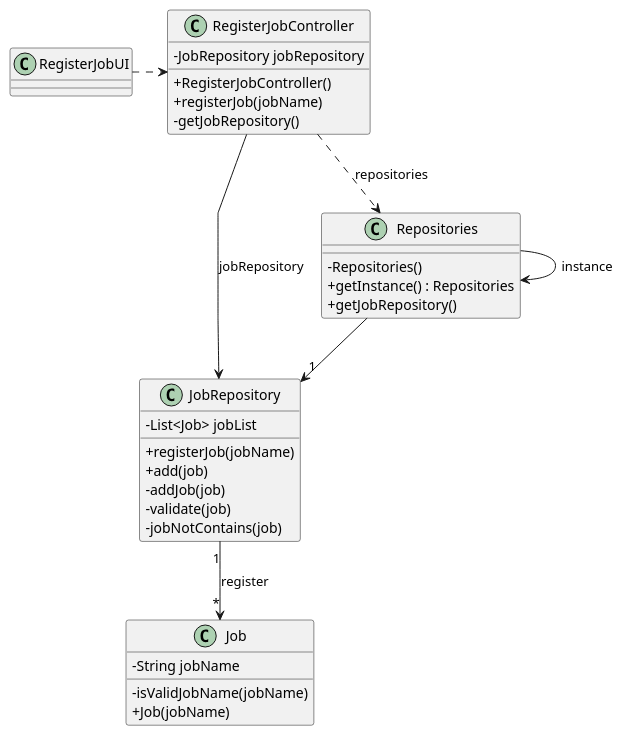
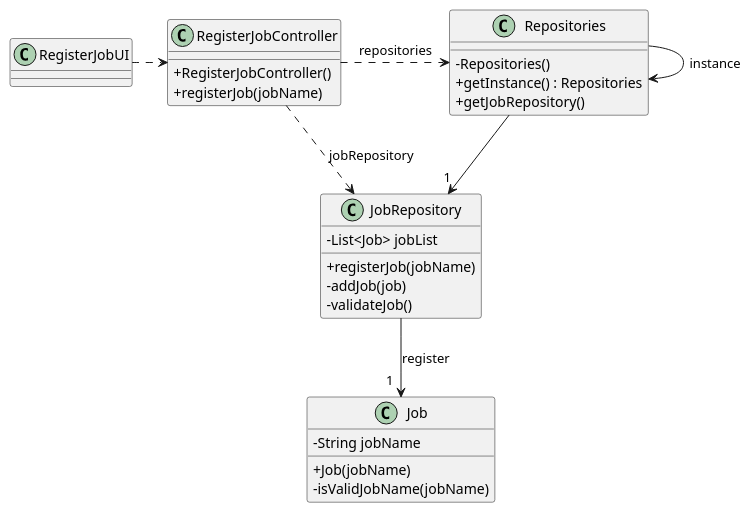
Before and after one commit to SAEmanuel/Green_Spaces_Management_ISEP: the diagram in docs/sprintB/us002/03.design/puml/us002-class-diagram.puml, drawn with PlantUML. The commit also changed 1 other file, not shown here.

Commit message:
Class Diagram - US2 v2

```diff
--- a/docs/sprintB/us002/03.design/puml/us002-class-diagram.puml
+++ b/docs/sprintB/us002/03.design/puml/us002-class-diagram.puml
@@ -1,55 +1,53 @@
+@startuml
 'skinparam monochrome true
 skinparam packageStyle rectangle
 skinparam shadowing false
 skinparam linetype polyline
 'skinparam linetype orto
+skinparam classAttributeIconSize 0
+'left to right direction
 
-skinparam classAttributeIconSize 0
-
-'left to right direction
 
 
 class Job {
     - String jobName
+    + Job(jobName)
     - isValidJobName(jobName)
-    + Job(jobName)
 }
+
 
 
 class JobRepository {
     - List<Job> jobList
     + registerJob(jobName)
-    + add(job)
     - addJob(job)
-    - validate(job)
-    - jobNotContains(job)
+    - validateJob()
 }
+
 
 
 class Repositories {
     - Repositories()
     + getInstance() : Repositories
     + getJobRepository()
 }
 
 class RegisterJobController {
-    - JobRepository jobRepository
     + RegisterJobController()
     + registerJob(jobName)
-    - getJobRepository()
 }
 
 class RegisterJobUI {
 }
 
-Repositories --> Repositories : instance
-
 RegisterJobUI .> RegisterJobController
 
-RegisterJobController ..> Repositories : repositories
+RegisterJobController .> Repositories : repositories
+Repositories  --> "1 " JobRepository
+Repositories -> Repositories : instance
 
-Repositories --> "1" JobRepository
+RegisterJobController ..>  JobRepository : jobRepository
 
-RegisterJobController --> JobRepository : jobRepository
+JobRepository  --> "1  " Job : register
 
-JobRepository "1" --> "*" Job : register
+@enduml
```
